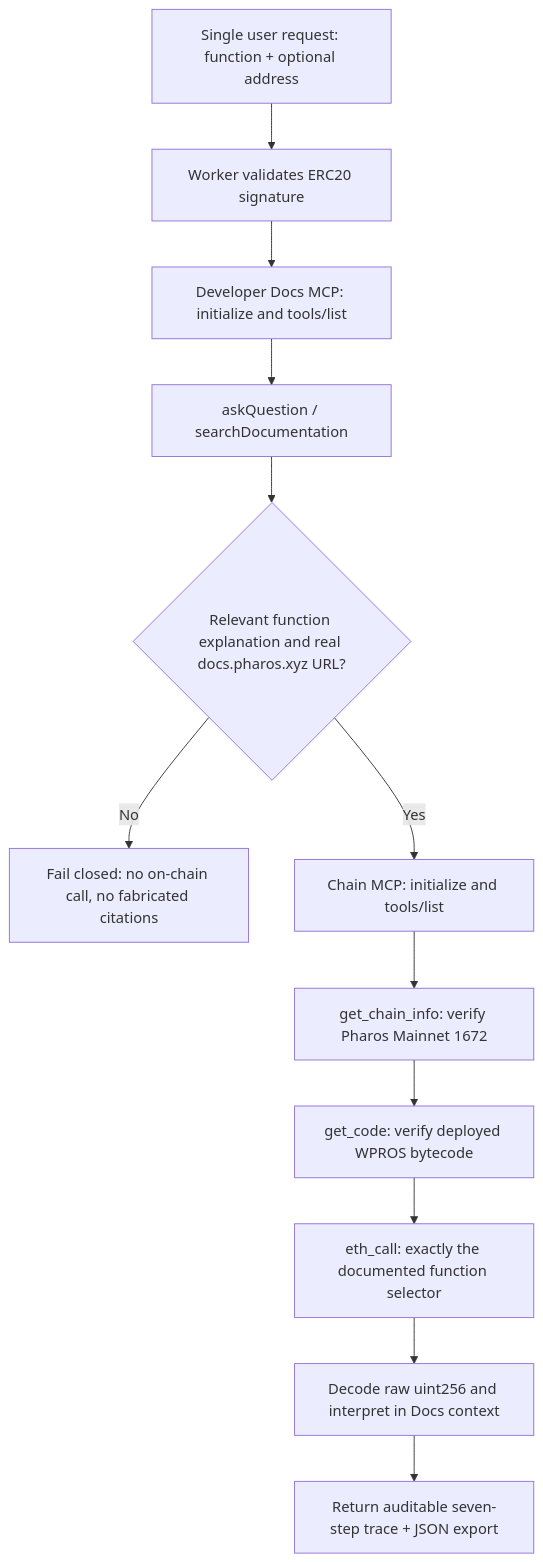
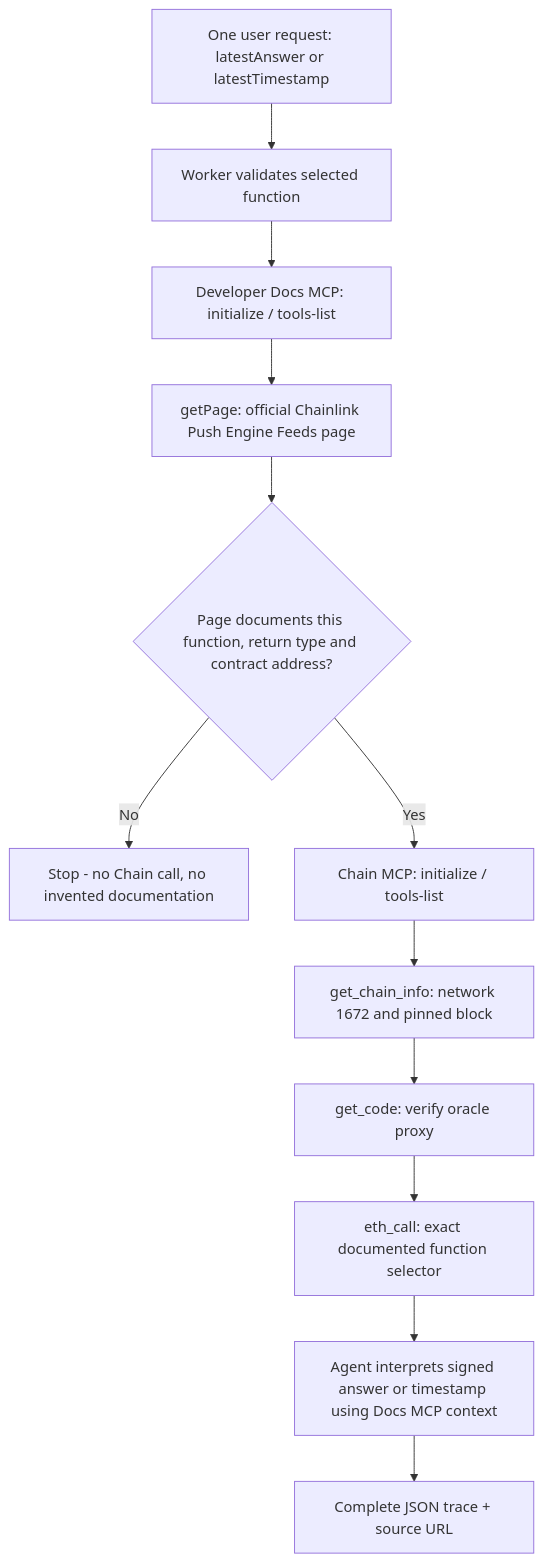
The diagram in README.md (trantanlong2411-droid/Docs-MCP-Chain-MCP-Agent), drawn with Mermaid before and after one commit. The commit also changed other lines of this file and 8 other files, not shown here.

Commit message:
Use official Pharos Docs MCP oracle page for two real contract functions and Chain MCP reads

````diff
--- a/README.md
+++ b/README.md
@@ -18,14 +28,14 @@
 ```mermaid
 flowchart TD
- A[Single user request: function + optional address] --> B[Worker validates ERC20 signature]
- B --> C[Developer Docs MCP: initialize and tools/list]
- C --> D[askQuestion / searchDocumentation]
- D --> E{Relevant function explanation and real docs.pharos.xyz URL?}
- E -->|No| F[Fail closed: no on-chain call, no fabricated citations]
- E -->|Yes| G[Chain MCP: initialize and tools/list]
- G --> H[get_chain_info: verify Pharos Mainnet 1672]
- H --> I[get_code: verify deployed WPROS bytecode]
- I --> J[eth_call: exactly the documented function selector]
- J --> K[Decode raw uint256 and interpret in Docs context]
- K --> L[Return auditable seven-step trace + JSON export]
+ A[One user request: latestAnswer or latestTimestamp] --> B[Worker validates selected function]
+ B --> C[Developer Docs MCP: initialize / tools-list]
+ C --> D[getPage: official Chainlink Push Engine Feeds page]
+ D --> E{Page documents this function, return type and contract address?}
+ E -->|No| X[Stop - no Chain call, no invented documentation]
+ E -->|Yes| F[Chain MCP: initialize / tools-list]
+ F --> G[get_chain_info: network 1672 and pinned block]
+ G --> H[get_code: verify oracle proxy]
+ H --> I[eth_call: exact documented function selector]
+ I --> J[Agent interprets signed answer or timestamp using Docs MCP context]
+ J --> K[Complete JSON trace + source URL]
 ```
````
